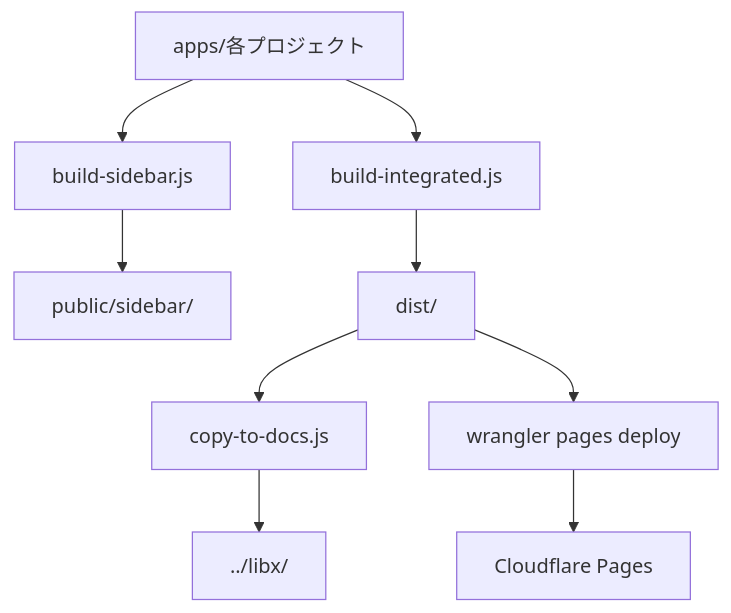
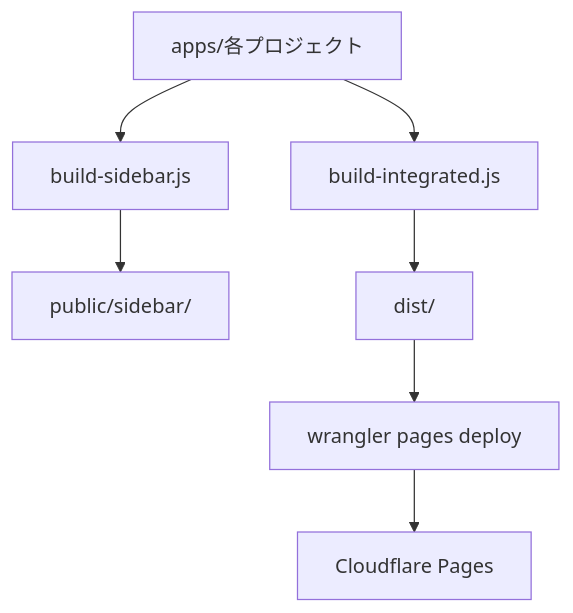
The diagram in docs/BUILD_AND_DEPLOYMENT_GUIDE.md (dolphilia/libx), drawn with Mermaid before and after one commit. The commit also changed other lines of this file and 65 other files, not shown here.

````diff
--- a/docs/BUILD_AND_DEPLOYMENT_GUIDE.md
+++ b/docs/BUILD_AND_DEPLOYMENT_GUIDE.md
@@ -86,11 +85,9 @@
 ```mermaid
 graph TB
     A[apps/各プロジェクト] --> B[build-sidebar.js]
     A --> C[build-integrated.js]
     B --> D[public/sidebar/]
     C --> E[dist/]
-    E --> F[copy-to-docs.js]
-    F --> G[../libx/]
-    E --> H[wrangler pages deploy]
-    H --> I[Cloudflare Pages]
+    E --> F[wrangler pages deploy]
+    F --> G[Cloudflare Pages]
 ```
````
